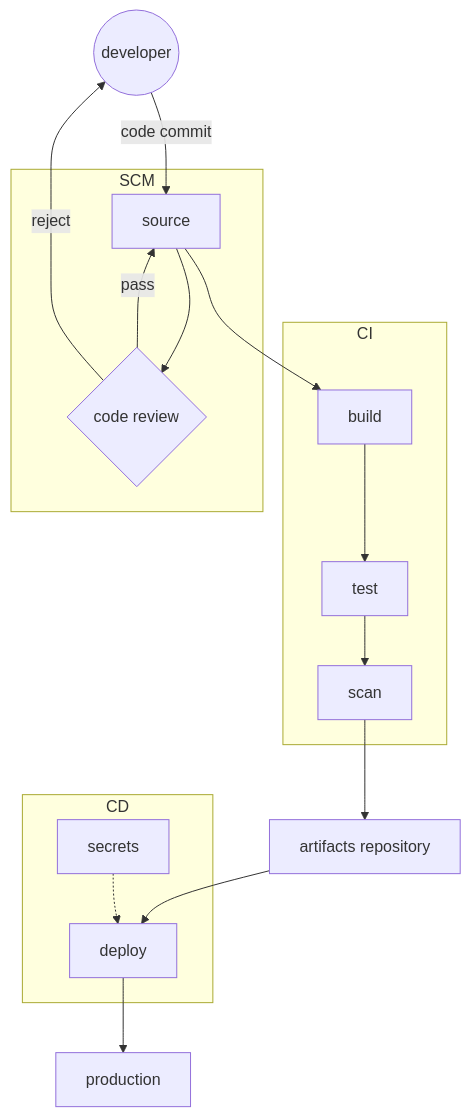
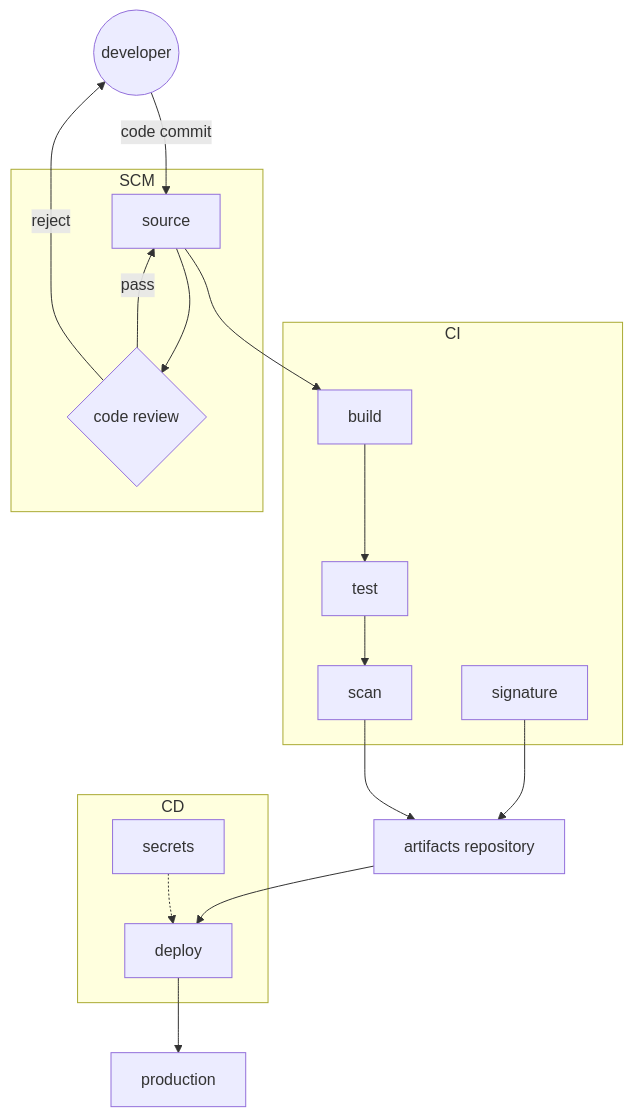
Before and after one commit to chiehting/chiehting.github.io: the second of 3 diagrams in content/posts/devops-exam-for-interview.md, drawn with Mermaid. The commit also changed other lines of this file and 1 other file, not shown here.

Commit message:
fix: Add params.mermaid js_url

````diff
--- a/content/posts/devops-exam-for-interview.md
+++ b/content/posts/devops-exam-for-interview.md
@@ -88,32 +89,36 @@
 ```mermaid
 flowchart TB
 	1((developer))
 	2[source]
 	3{code review}
 	4[build]
 	5[test]
 	6[scan]
 	7[artifacts repository]
-	8[deploy]
-	9[secrets]
-	10[production]
+	8[signature]
+	9[deploy]
+	10[secrets]
+	11[production]
 	
 	1 -->|code commit|2
 	subgraph SCM
 		2 --> 3
 		3 --> |pass| 2
 	end
 	3 --> |reject| 1
 	subgraph CI
 		2 --> 4
 		4 --> 5
 		5 --> 6
+		8
 	end
+	8 --> 7
 	6-->7
-	7 --> 8
+	7 --> 9
+	
 	subgraph CD
-		8
-		9 -.-> 8
+		9
+		10 -.-> 9
 	end
-	8 --> 10
+	9 --> 11
 ```
````
